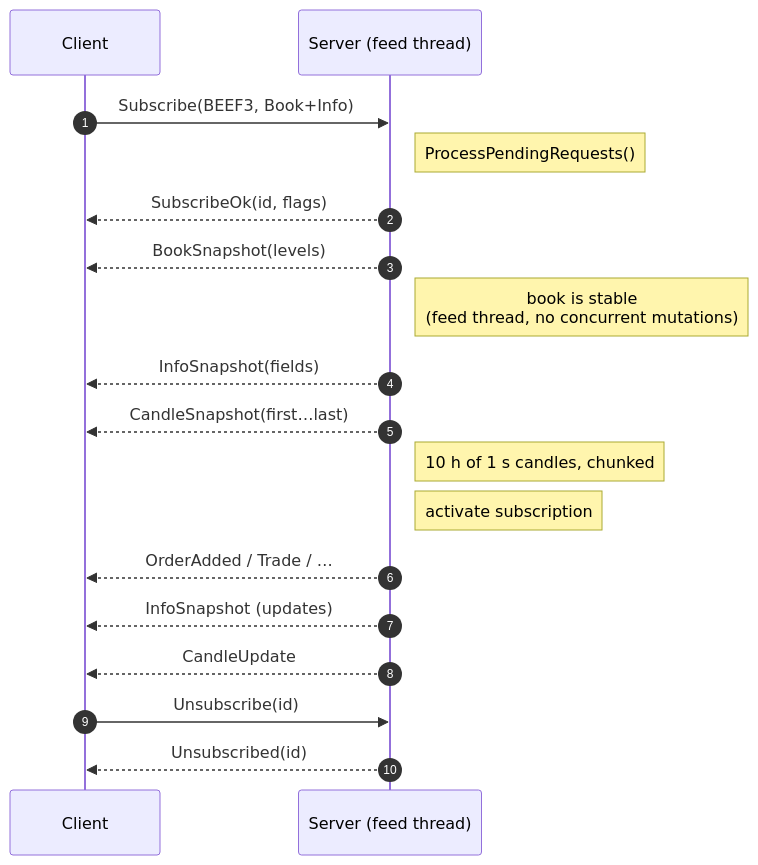
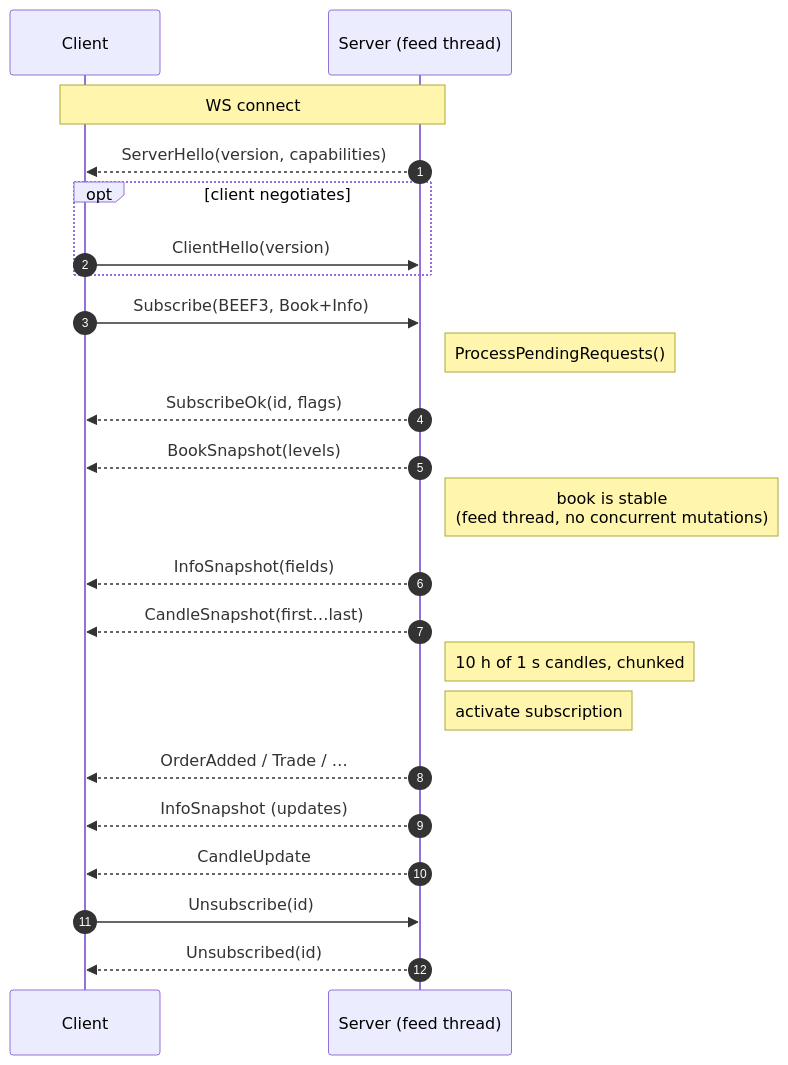
One commit to pedrosakuma/B3MarketDataPlatform changed the first of 2 diagrams in docs/WEBSOCKET-PROTOCOL.md. Above: the diagram before and after it, drawn with Mermaid. The commit also changed other lines of this file and 48 other files, not shown here.

````diff
--- a/docs/WEBSOCKET-PROTOCOL.md
+++ b/docs/WEBSOCKET-PROTOCOL.md
@@ -382,21 +508,26 @@
 ```mermaid
 sequenceDiagram
     autonumber
     participant C as Client
     participant S as Server (feed thread)
 
+    Note over C,S: WS connect
+    S-->>C: ServerHello(version, capabilities)
+    opt client negotiates
+        C->>S: ClientHello(version)
+    end
     C->>S: Subscribe(BEEF3, Book+Info)
     Note right of S: ProcessPendingRequests()
     S-->>C: SubscribeOk(id, flags)
     S-->>C: BookSnapshot(levels)
     Note right of S: book is stable<br/>(feed thread, no concurrent mutations)
     S-->>C: InfoSnapshot(fields)
     S-->>C: CandleSnapshot(first…last)
     Note right of S: 10 h of 1 s candles, chunked
     Note right of S: activate subscription
     S-->>C: OrderAdded / Trade / …
     S-->>C: InfoSnapshot (updates)
     S-->>C: CandleUpdate
     C->>S: Unsubscribe(id)
     S-->>C: Unsubscribed(id)
 ```
````
